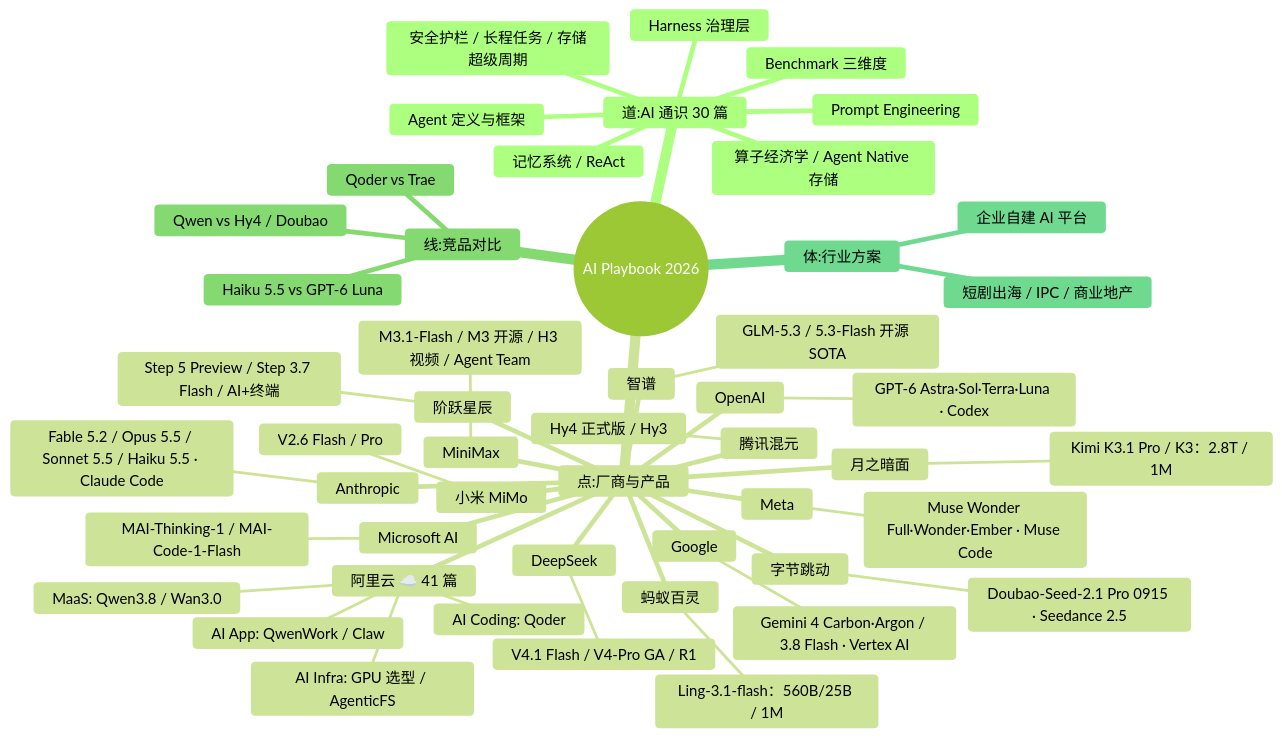
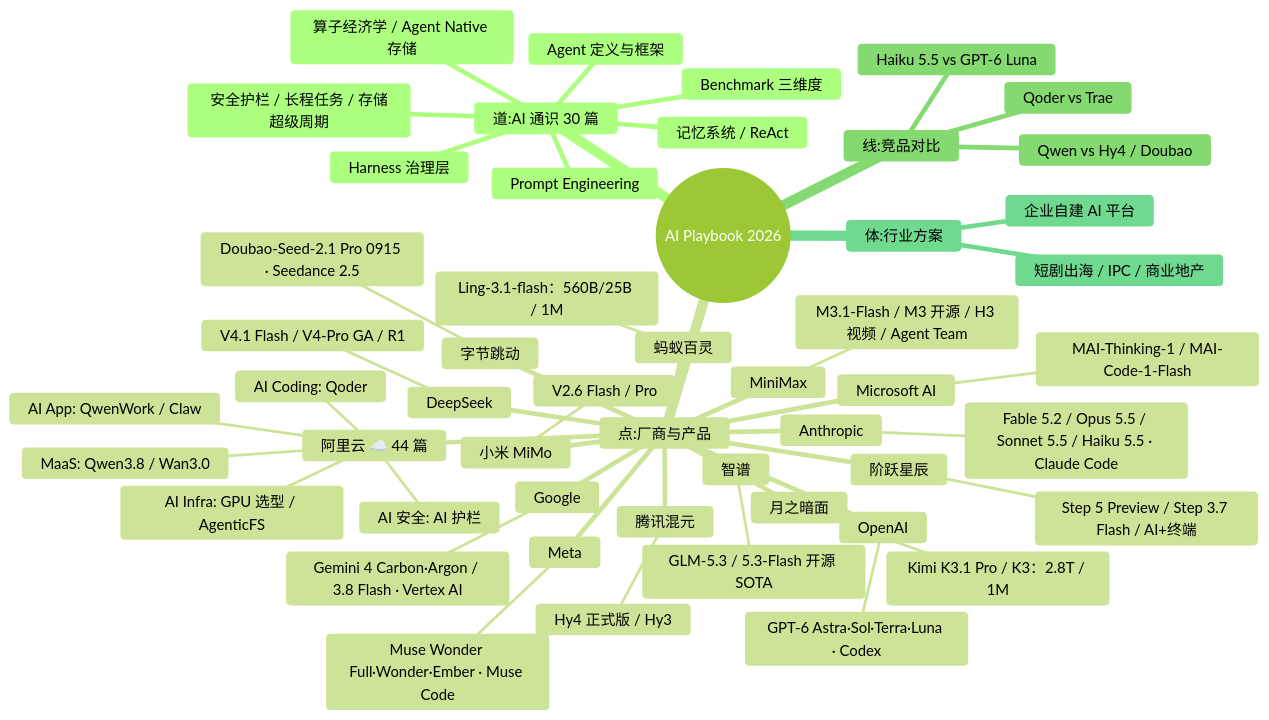
One commit to EthanNiWorld/ai-playbook-2026 changed the first of 2 diagrams in README.md. Above: the diagram before and after it, drawn with Mermaid (forest theme). The commit also changed other lines of this file and 4 other files, not shown here.

````diff
--- a/README.md
+++ b/README.md
@@ -153,53 +154,54 @@
 ```mermaid
 mindmap
   root((AI Playbook 2026))
     道:AI 通识 30 篇
       Agent 定义与框架
       Harness 治理层
       Prompt Engineering
       Benchmark 三维度
       记忆系统 / ReAct
       安全护栏 / 长程任务 / 存储超级周期
       算子经济学 / Agent Native 存储
     点:厂商与产品
-      阿里云 ☁️ 41 篇
+      阿里云 ☁️ 44 篇
         MaaS: Qwen3.8 / Wan3.0
         AI Coding: Qoder
         AI App: QwenWork / Claw
         AI Infra: GPU 选型 / AgenticFS
+        AI 安全: AI 护栏
       Anthropic
         Fable 5.2 / Opus 5.5 / Sonnet 5.5 / Haiku 5.5 · Claude Code
       OpenAI
         GPT-6 Astra·Sol·Terra·Luna · Codex
       Google
         Gemini 4 Carbon·Argon / 3.8 Flash · Vertex AI
       Microsoft AI
         MAI-Thinking-1 / MAI-Code-1-Flash
       Meta
         Muse Wonder Full·Wonder·Ember · Muse Code
       DeepSeek
         V4.1 Flash / V4-Pro GA / R1
       智谱
         GLM-5.3 / 5.3-Flash 开源 SOTA
       月之暗面
         Kimi K3.1 Pro / K3：2.8T / 1M
       MiniMax
         M3.1-Flash / M3 开源 / H3 视频 / Agent Team
       字节跳动
         Doubao-Seed-2.1 Pro 0915 · Seedance 2.5
       腾讯混元
         Hy4 正式版 / Hy3
       小米 MiMo
         V2.6 Flash / Pro
       阶跃星辰
         Step 5 Preview / Step 3.7 Flash / AI+终端
       蚂蚁百灵
         Ling-3.1-flash：560B/25B / 1M
     线:竞品对比
       Qoder vs Trae
       Qwen vs Hy4 / Doubao
       Haiku 5.5 vs GPT-6 Luna
     体:行业方案
       企业自建 AI 平台
       短剧出海 / IPC / 商业地产
 ```
````
